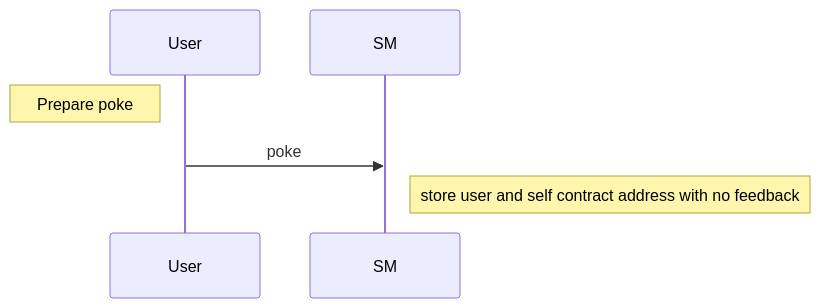
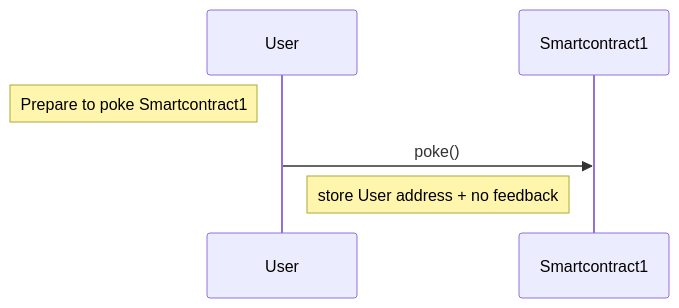
One commit to marigold-dev/training-dapp-2 changed the second of 3 diagrams in README.md. Above: the diagram before and after it, drawn with Mermaid. The commit also changed other lines of this file and 2 other files, not shown here.

````diff
--- a/README.md
+++ b/README.md
@@ -118,6 +53,6 @@
 ```mermaid
 sequenceDiagram
-  Note left of User: Prepare poke
-  User->>SM: poke
-  Note right of SM: store user and self contract address with no feedback
+  Note left of User: Prepare to poke Smartcontract1
+  User->>Smartcontract1: poke()
+  Note left of Smartcontract1: store User address + no feedback
 ```
````
